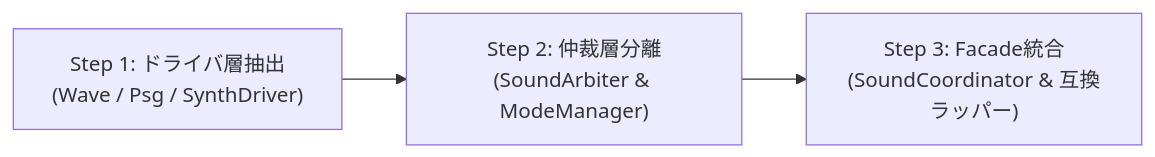
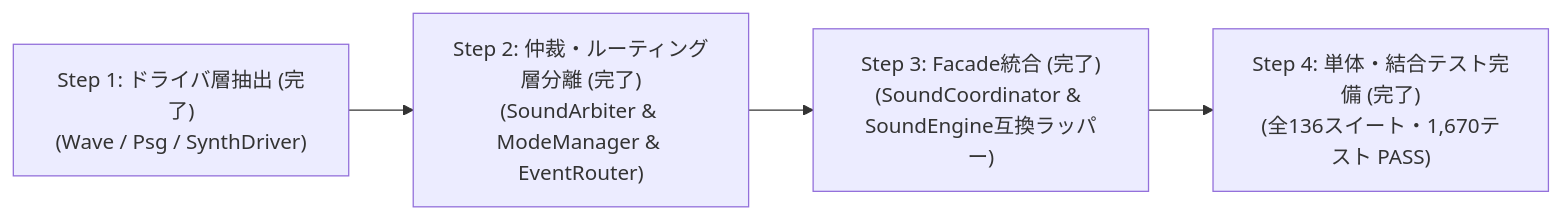
One commit to e3sh/Nethack-wasm-webUI changed the second of 2 diagrams in docs/4_sound/sound_coordinator_and_multidriver_architecture.ja.md. Above: the diagram before and after it, drawn with Mermaid. The commit also changed other lines of this file and 57 other files, not shown here.

````diff
--- a/docs/4_sound/sound_coordinator_and_multidriver_architecture.ja.md
+++ b/docs/4_sound/sound_coordinator_and_multidriver_architecture.ja.md
@@ -199,5 +225,6 @@
 ```mermaid
 flowchart LR
-    Step1["Step 1: ドライバ層抽出<br>(Wave / Psg / SynthDriver)"] --> Step2["Step 2: 仲裁層分離<br>(SoundArbiter & ModeManager)"]
-    Step2 --> Step3["Step 3: Facade統合<br>(SoundCoordinator & 互換ラッパー)"]
+    Step1["Step 1: ドライバ層抽出 (完了)<br>(Wave / Psg / SynthDriver)"] --> Step2["Step 2: 仲裁・ルーティング層分離 (完了)<br>(SoundArbiter & ModeManager & EventRouter)"]
+    Step2 --> Step3["Step 3: Facade統合 (完了)<br>(SoundCoordinator & SoundEngine互換ラッパー)"]
+    Step3 --> Step4["Step 4: 単体・結合テスト完備 (完了)<br>(全136スイート・1,670テスト PASS)"]
 ```
````
